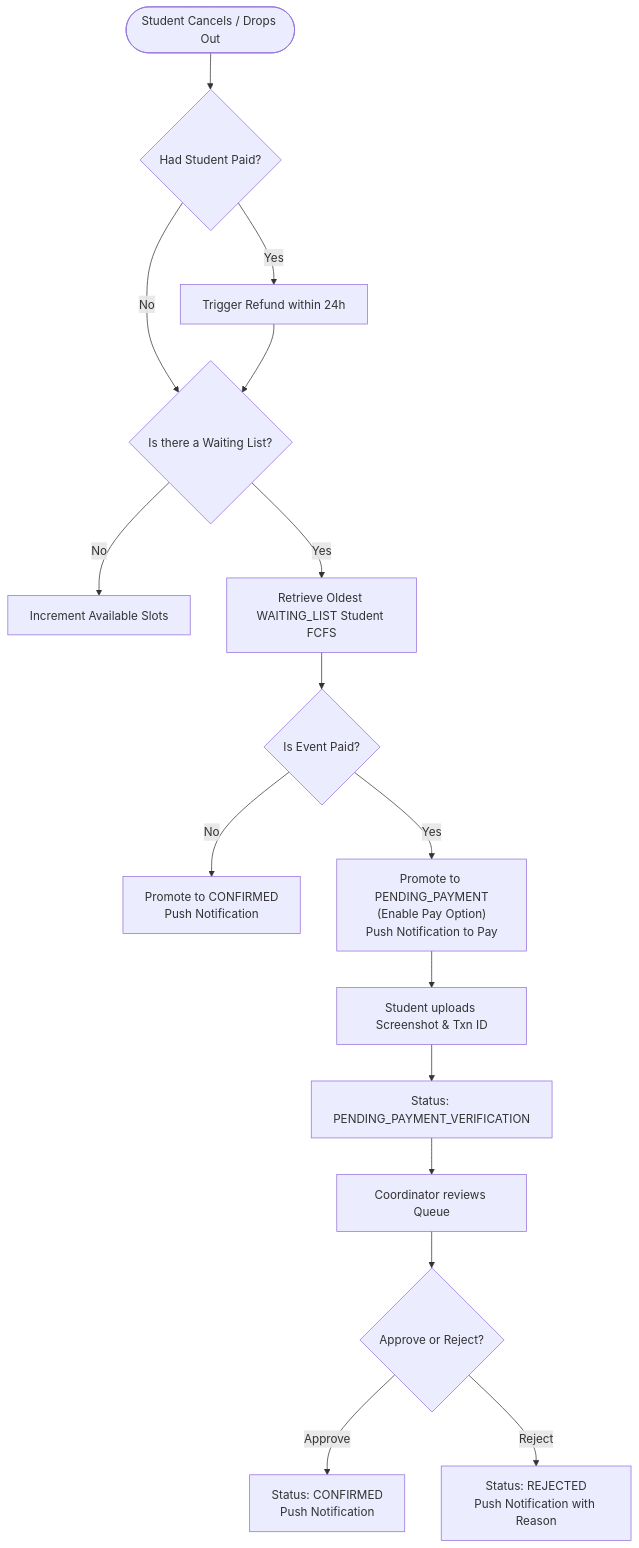
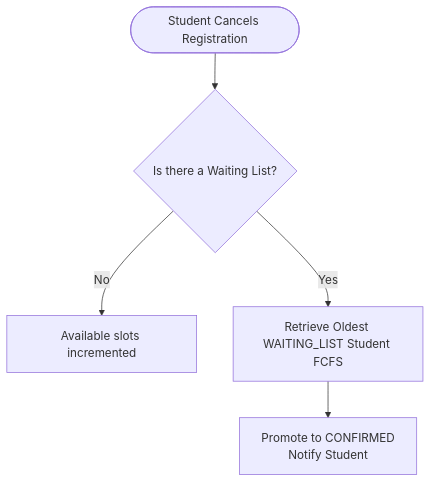
One commit to pec-developers/pec-events-app changed the second of 2 diagrams in docs/prd.md. Above: the diagram before and after it, drawn with Mermaid. The commit also changed other lines of this file and 1 other file, not shown here.

Commit message:
docs(sync): synchronize LLD and PRD role parameters, draft event creation, and registration boundaries

````diff
--- a/docs/prd.md
+++ b/docs/prd.md
@@ -91,19 +67,8 @@
 ```mermaid
 flowchart TD
-    A([Student Cancels / Drops Out]) --> CheckPaid{Had Student Paid?}
-    CheckPaid -- Yes --> TriggerRefund[Trigger Refund within 24h]
-    CheckPaid -- No --> B{Is there a Waiting List?}
-    TriggerRefund --> B
+    A([Student Cancels Registration]) --> B{Is there a Waiting List?}
     
-    B -- No --> C[Increment Available Slots]
+    B -- No --> C[Available slots incremented]
     B -- Yes --> D[Retrieve Oldest WAITING_LIST Student FCFS]
-    D --> E{Is Event Paid?}
-    E -- No --> F["Promote to CONFIRMED<br/>Push Notification"]
-    E -- Yes --> G["Promote to PENDING_PAYMENT<br/>(Enable Pay Option)<br/>Push Notification to Pay"]
-    G --> H[Student uploads Screenshot & Txn ID]
-    H --> I[Status: PENDING_PAYMENT_VERIFICATION]
-    I --> J[Coordinator reviews Queue]
-    J --> K{Approve or Reject?}
-    K -- Approve --> L["Status: CONFIRMED<br/>Push Notification"]
-    K -- Reject --> M["Status: REJECTED<br/>Push Notification with Reason"]
+    D --> E["Promote to CONFIRMED<br/>Notify Student"]
 ```
````
